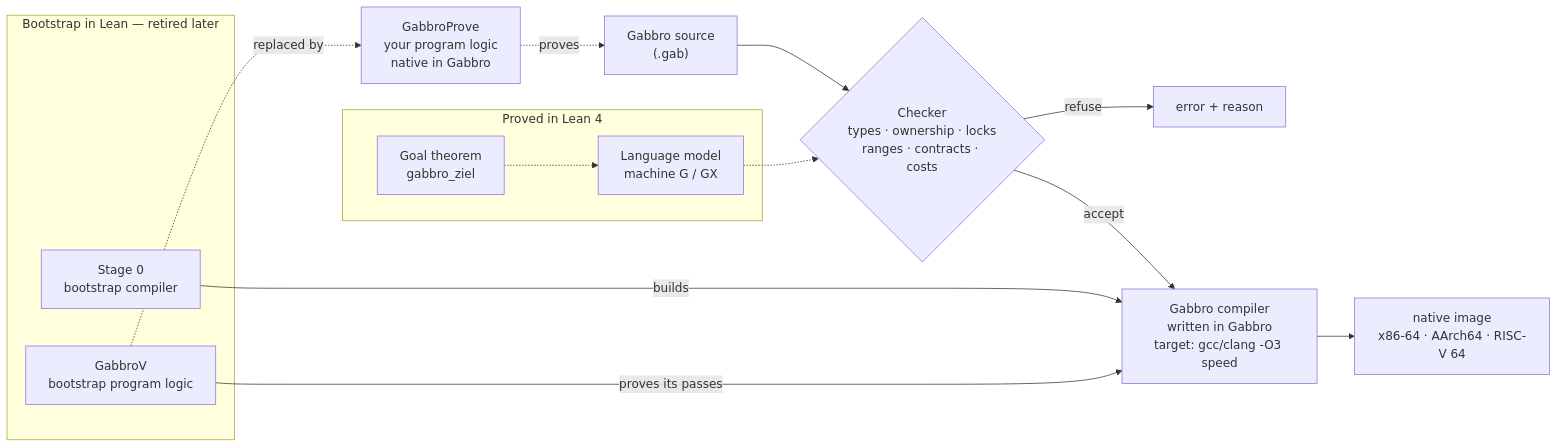
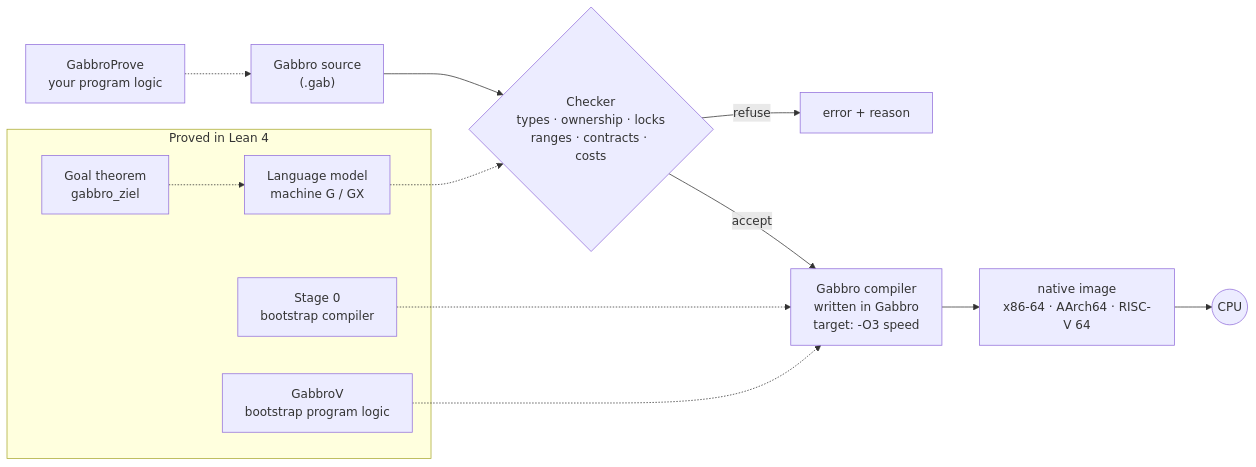
Before and after one commit to SimonVitzethum/Gabbro: the diagram in README.md, drawn with Mermaid. The commit also changed other lines of this file and 1 other file, not shown here.

First line of the commit message:
docs(readme): old diagram style, Stage 0 and GabbroV as permanent bootstrap

````diff
--- a/README.md
+++ b/README.md
@@ -192,23 +192,19 @@
 ```mermaid
 flowchart LR
     src["Gabbro source<br/>(.gab)"] --> chk{"Checker<br/>types · ownership · locks<br/>ranges · contracts · costs"}
     chk -- refuse --> err["error + reason"]
-    chk -- accept --> comp["Gabbro compiler<br/>written in Gabbro<br/>target: gcc/clang -O3 speed"]
-    comp --> bin["native image<br/>x86-64 · AArch64 · RISC-V 64"]
-    prove["GabbroProve<br/>your program logic<br/>native in Gabbro"] -. "proves" .-> src
-
-    subgraph boot ["Bootstrap in Lean — retired later"]
-      s0["Stage 0<br/>bootstrap compiler"]
-      gv["GabbroV<br/>bootstrap program logic"]
-    end
-    s0 -- builds --> comp
-    gv -- "proves its passes" --> comp
-    gv -. "replaced by" .-> prove
+    chk -- accept --> comp["Gabbro compiler<br/>written in Gabbro<br/>target: -O3 speed"]
+    comp --> img["native image<br/>x86-64 · AArch64 · RISC-V 64"] --> cpu(("CPU"))
+    prove["GabbroProve<br/>your program logic"] -.-> src
 
     subgraph lean ["Proved in Lean 4"]
       model["Language model<br/>machine G / GX"]
       goal["Goal theorem<br/>gabbro_ziel"]
+      s0["Stage 0<br/>bootstrap compiler"]
+      gv["GabbroV<br/>bootstrap program logic"]
     end
+    model -.-> chk
     goal -.-> model
-    model -.-> chk
+    s0 -.-> comp
+    gv -.-> comp
 ```
````
